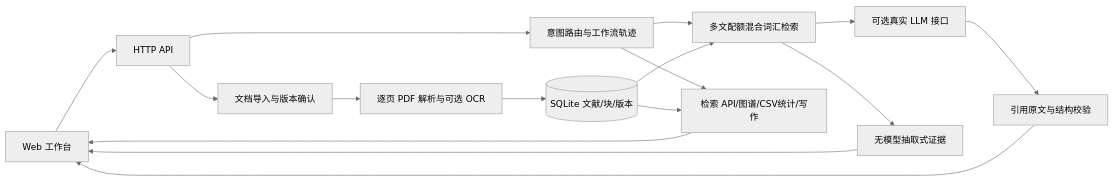
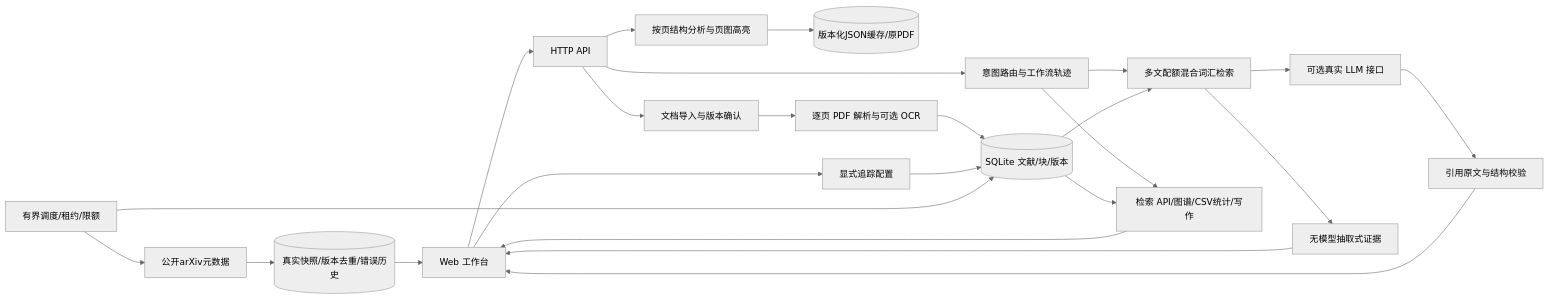
Before and after one commit to klqtr/Research-Agent: the diagram in docs/system_architecture.md, drawn with Mermaid (neutral theme). The commit also changed other lines of this file and 70 other files, not shown here.

````diff
--- a/docs/system_architecture.md
+++ b/docs/system_architecture.md
@@ -3,18 +3,26 @@
 ```mermaid
 flowchart LR
  UI[Web 工作台] --> API[HTTP API]
  API --> ING[文档导入与版本确认]
+ API --> PAGE[按页结构分析与页图高亮]
+ PAGE --> PCACHE[(版本化JSON缓存/原PDF)]
  ING --> PARSE[逐页 PDF 解析与可选 OCR]
  PARSE --> DB[(SQLite 文献/块/版本)]
  API --> AG[意图路由与工作流轨迹]
  AG --> RET[多文配额混合词汇检索]
  DB --> RET
  RET --> LLM[可选真实 LLM 接口]
  LLM --> CHECK[引用原文与结构校验]
  RET --> EX[无模型抽取式证据]
  AG --> TOOLS[检索 API/图谱/CSV统计/写作]
  DB --> TOOLS
  CHECK --> UI
  EX --> UI
  TOOLS --> UI
+ UI --> WATCH[显式追踪配置]
+ WATCH --> DB
+ SCHED[有界调度/租约/限额] --> DB
+ SCHED --> ARXIV[公开arXiv元数据]
+ ARXIV --> SNAP[(真实快照/版本去重/错误历史)]
+ SNAP --> UI
 ```
````
